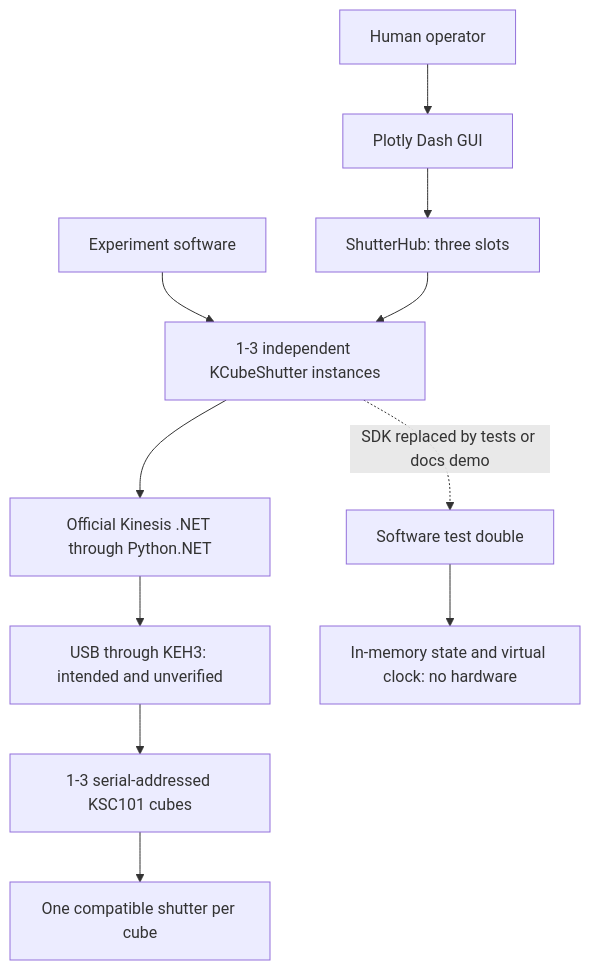
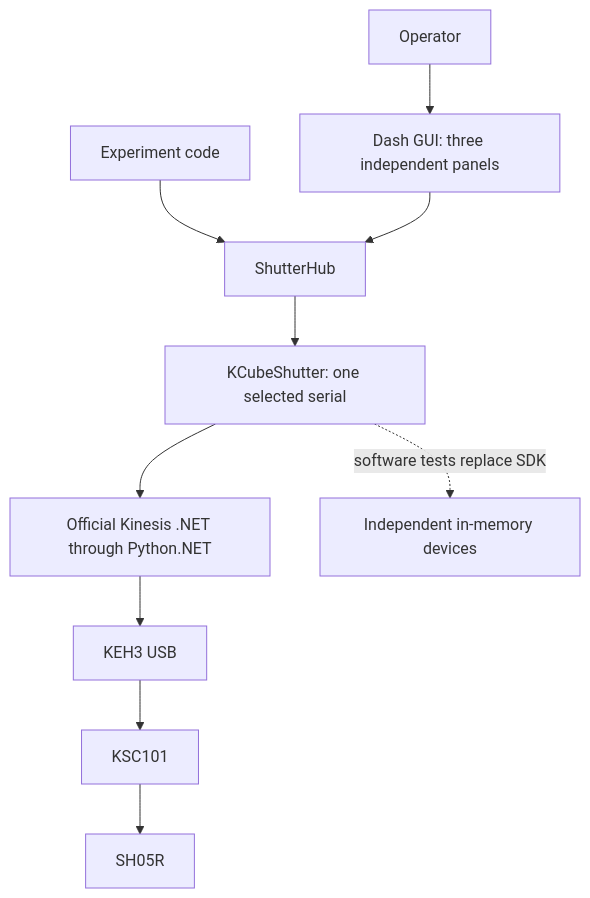
The diagram in docs/architecture.md (cct1123/thorlabs-shutter-control), drawn with Mermaid before and after one commit. The commit also changed other lines of this file and 67 other files, not shown here.

First line of the commit message:
Qualify USB shutter control and consolidate hardware evidence

````diff
--- a/docs/architecture.md
+++ b/docs/architecture.md
@@ -11,13 +5,12 @@
 ```mermaid
 flowchart TD
-    H[Human operator] --> G[Plotly Dash GUI]
-    E[Experiment software] --> C[1-3 independent KCubeShutter instances]
-    G --> B[ShutterHub: three slots]
-    B --> C
-    C --> K[Official Kinesis .NET through Python.NET]
-    K --> U[USB through KEH3: intended and unverified]
-    U --> D[1-3 serial-addressed KSC101 cubes]
-    D --> S[One compatible shutter per cube]
-    C -. SDK replaced by tests or docs demo .-> F[Software test double]
-    F --> N[In-memory state and virtual clock: no hardware]
+    User[Operator] --> GUI[Dash GUI: three independent panels]
+    Experiment[Experiment code] --> Hub[ShutterHub]
+    GUI --> Hub
+    Hub --> Driver[KCubeShutter: one selected serial]
+    Driver --> SDK[Official Kinesis .NET through Python.NET]
+    SDK --> USB[KEH3 USB]
+    USB --> Cube[KSC101]
+    Cube --> Shutter[SH05R]
+    Driver -. software tests replace SDK .-> Fake[Independent in-memory devices]
 ```
````
